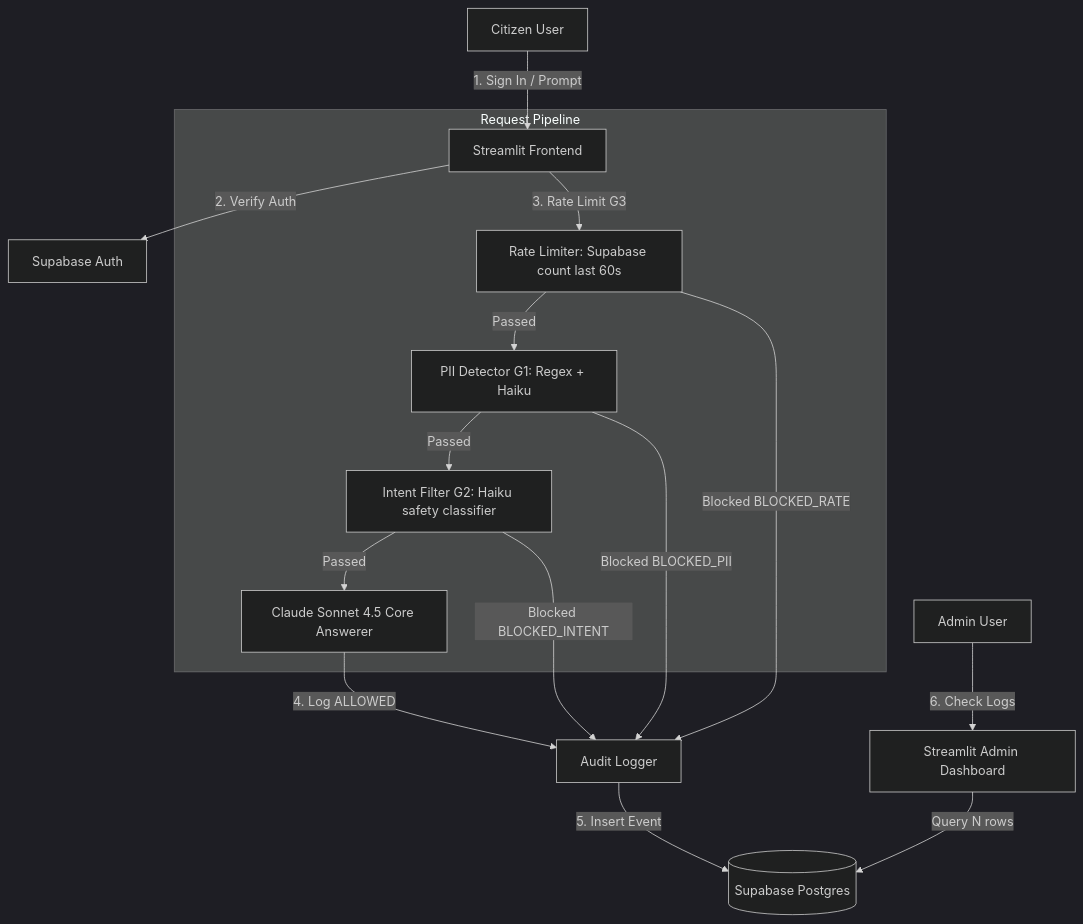
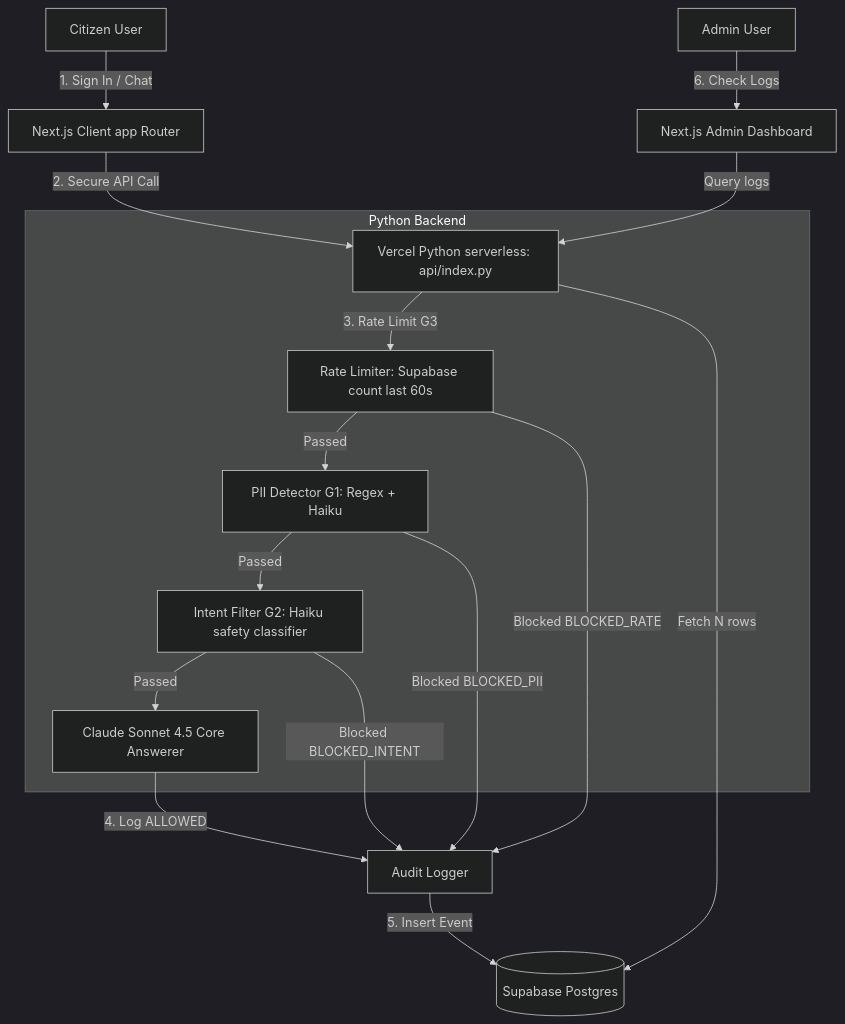
The diagram in README.md (mayank14112006/poc-2), drawn with Mermaid (dark theme) before and after one commit. The commit also changed other lines of this file and 24 other files, not shown here.

Commit message:
Migrate to Next.js (TypeScript/App Router) frontend with Python serverless backend for native Vercel deployment

````diff
--- a/README.md
+++ b/README.md
@@ -16,22 +20,23 @@
 ```mermaid
 graph TD
-    User[Citizen User] -->|1. Sign In / Prompt| App[Streamlit Frontend]
-    App -->|2. Verify Auth| Auth[Supabase Auth]
+    User[Citizen User] -->|1. Sign In / Chat| Frontend[Next.js Client app Router]
+    Frontend -->|2. Secure API Call| API[Vercel Python serverless: api/index.py]
     
-    subgraph Request Pipeline
-        App -->|3. Rate Limit G3| RL[Rate Limiter: Supabase count last 60s]
+    subgraph Python Backend
+        API -->|3. Rate Limit G3| RL[Rate Limiter: Supabase count last 60s]
         RL -->|Passed| PII[PII Detector G1: Regex + Haiku]
         PII -->|Passed| Intent[Intent Filter G2: Haiku safety classifier]
         Intent -->|Passed| Claude[Claude Sonnet 4.5 Core Answerer]
     end
 
     Claude -->|4. Log ALLOWED| Logger[Audit Logger]
     RL -->|Blocked BLOCKED_RATE| Logger
     PII -->|Blocked BLOCKED_PII| Logger
     Intent -->|Blocked BLOCKED_INTENT| Logger
     
     Logger -->|5. Insert Event| DB[(Supabase Postgres)]
     
-    Admin[Admin User] -->|6. Check Logs| AdminView[Streamlit Admin Dashboard]
-    AdminView -->|Query N rows| DB
+    Admin[Admin User] -->|6. Check Logs| AdminView[Next.js Admin Dashboard]
+    AdminView -->|Query logs| API
+    API -->|Fetch N rows| DB
 ```
````
